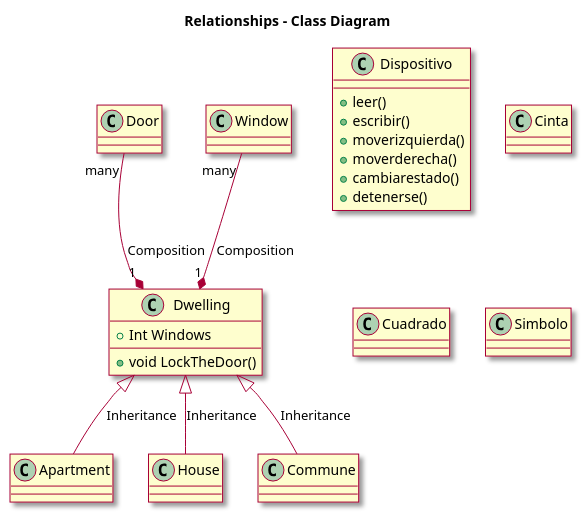
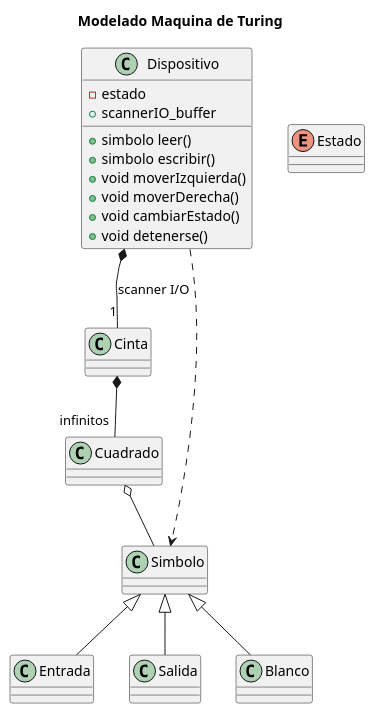
Before and after one commit to Joselon/joselon.github.io: the diagram in PracticasMaster/01_Modelado_O/UML/turing.puml, drawn with PlantUML. The commit also changed 2 other files, not shown here.

```diff
--- a/PracticasMaster/01_Modelado_O/UML/turing.puml
+++ b/PracticasMaster/01_Modelado_O/UML/turing.puml
@@ -1,39 +1,47 @@
-@startuml turing
+@startuml TuringMachineModel
+
+'skin rose
+title Modelado Maquina de Turing
 
 class Dispositivo{
- + leer()
- + escribir()
- + moverizquierda()
- + moverderecha()
- + cambiarestado()
- + detenerse()
+- estado
++ scannerIO_buffer
+ +simbolo leer()
+ +simbolo escribir()
+ +void moverIzquierda()
+ +void moverDerecha()
+ +void cambiarEstado()
+ +void detenerse()
 }
+
 class Cinta
 class Cuadrado
 class Simbolo
 
+Dispositivo *--"1" Cinta :"scanner I/O"
+Cinta *--"infinitos" Cuadrado
+Cuadrado o-- Simbolo
+Dispositivo ..> Simbolo
 
+Simbolo <|-- Entrada
+Simbolo <|-- Salida
+Simbolo <|-- Blanco
 
-skin rose
+'Padre <|-down- Hija : Herencia
+'AbstractInterfaz <|.. Concreta : Implementacion ?
+'Todo "1" *-up- "many" Parte: Composition
+' o-- Agregacion
+' ..> Uso
+'-			private
+'#			protected
+'~			package private
+'+			public
 
-title Relationships - Class Diagram
+enum Estado{
 
-
-class Dwelling {
-  +Int Windows
-  +void LockTheDoor()
 }
 
-class Apartment
-class House
-class Commune
-class Window
-class Door
-
-Dwelling <|-down- Apartment: Inheritance
-Dwelling <|-down- Commune: Inheritance
-Dwelling <|-down- House: Inheritance
-Dwelling "1" *-up- "many" Window: Composition
-Dwelling "1" *-up- "many" Door: Composition
-
+'Duda: Hacer diagrama de estados? de proceso?
+'Duda: Los tipos de simbolos según el alfabeto de E/S: si se incluye el "simbolo especial" blanco y es dejar el cuadrado
+' en blanco, no sería agregación, si no composición, ya que el estar en blanco es tener un simbolo también?
 @end
```
